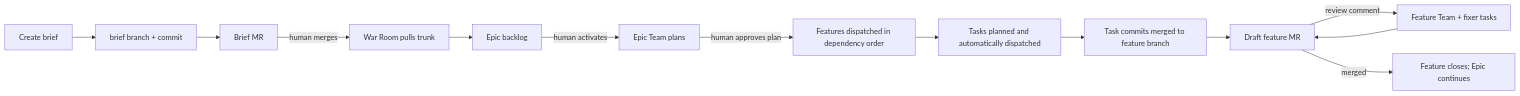
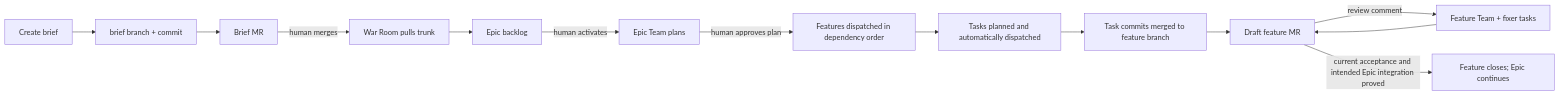
Before and after one commit to vincentc-b/CascadeCode: the diagram in DESIGN.md, drawn with Mermaid. The commit also changed other lines of this file, not shown here.

Commit message:
docs: align Feature closeout summary with target integration proof

````diff
--- a/DESIGN.md
+++ b/DESIGN.md
@@ -55,15 +55,15 @@
 ```mermaid
 flowchart LR
   FORM[Create brief] --> BRANCH[brief branch + commit]
   BRANCH --> MR[Brief MR]
   MR -->|human merges| POLL[War Room pulls trunk]
   POLL --> BACKLOG[Epic backlog]
   BACKLOG -->|human activates| EPIC[Epic Team plans]
   EPIC -->|human approves plan| FEATURES[Features dispatched in dependency order]
   FEATURES --> TASKS[Tasks planned and automatically dispatched]
   TASKS --> COMMITS[Task commits merged to feature branch]
   COMMITS --> DRAFT[Draft feature MR]
   DRAFT -->|review comment| TEAM[Feature Team + fixer tasks]
   TEAM --> DRAFT
-  DRAFT -->|merged| CLOSE[Feature closes; Epic continues]
+  DRAFT -->|current acceptance and intended Epic integration proved| CLOSE[Feature closes; Epic continues]
 ```
````
